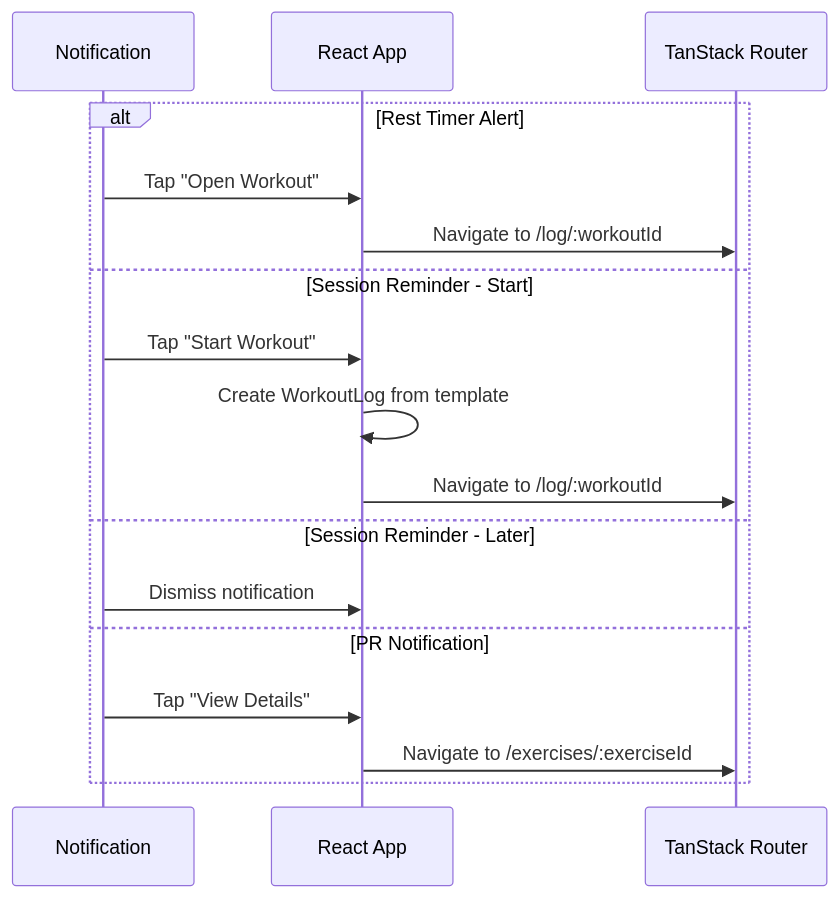
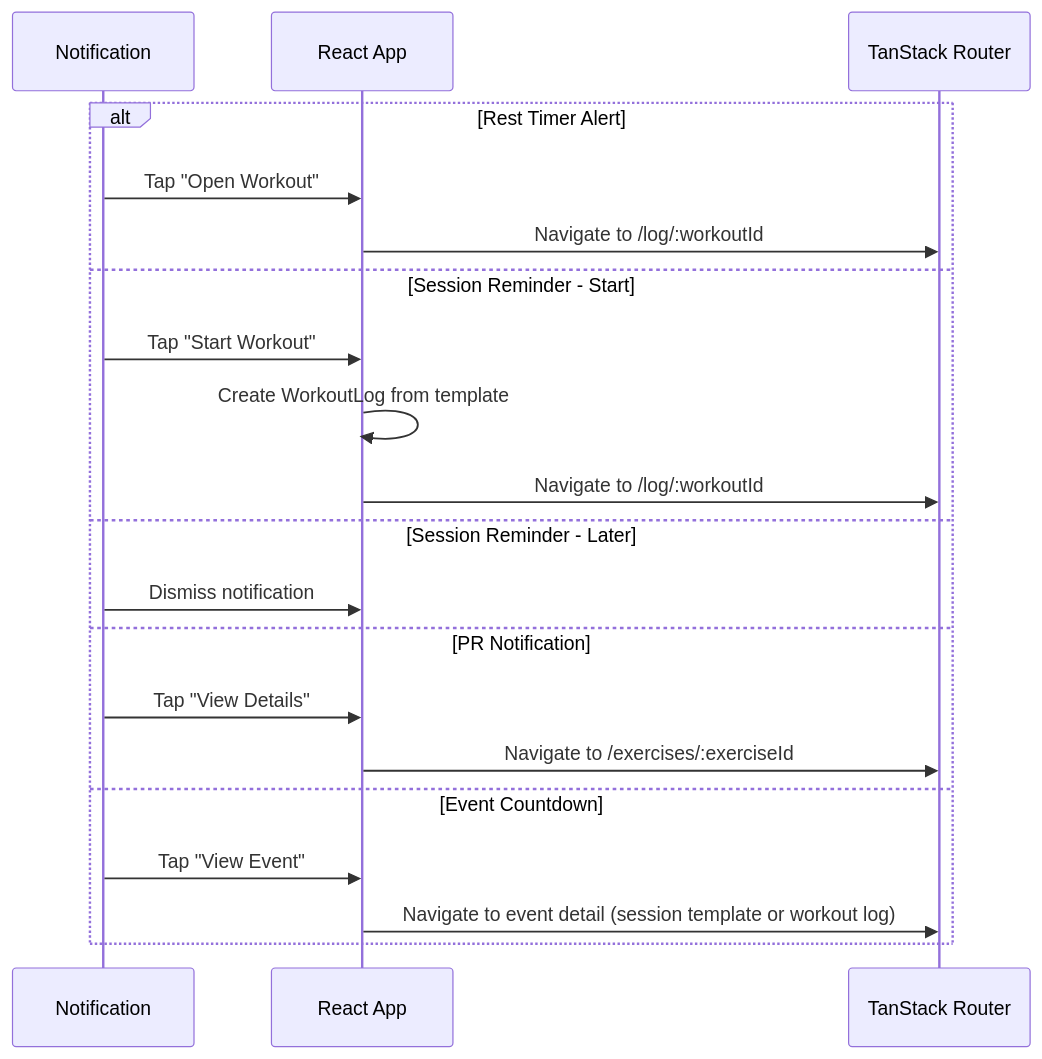
One commit to rghsoftware/ardent-forge changed diagram 13 of 14 in docs/11-notification-design.md. Above: the diagram before and after it, drawn with Mermaid. The commit also changed other lines of this file and 14 other files, not shown here.

````diff
--- a/docs/11-notification-design.md
+++ b/docs/11-notification-design.md
@@ -309,20 +355,23 @@
 ```mermaid
 sequenceDiagram
     participant Notif as Notification
     participant App as React App
     participant Router as TanStack Router
-    
+
     alt Rest Timer Alert
         Notif->>App: Tap "Open Workout"
         App->>Router: Navigate to /log/:workoutId
     else Session Reminder - Start
         Notif->>App: Tap "Start Workout"
         App->>App: Create WorkoutLog from template
         App->>Router: Navigate to /log/:workoutId
     else Session Reminder - Later
         Notif->>App: Dismiss notification
     else PR Notification
         Notif->>App: Tap "View Details"
         App->>Router: Navigate to /exercises/:exerciseId
+    else Event Countdown
+        Notif->>App: Tap "View Event"
+        App->>Router: Navigate to event detail (session template or workout log)
     end
 ```
````
